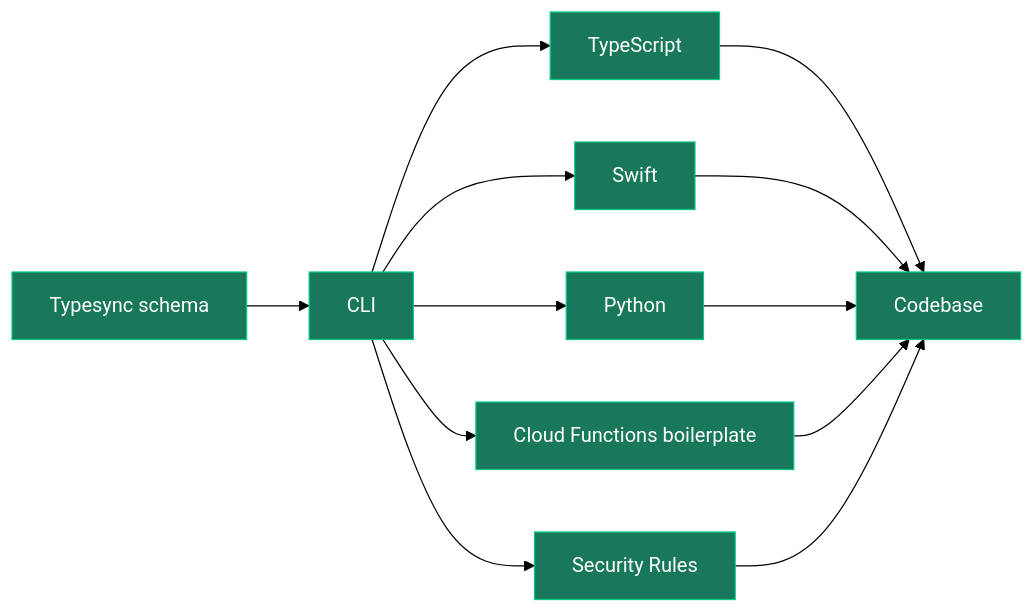
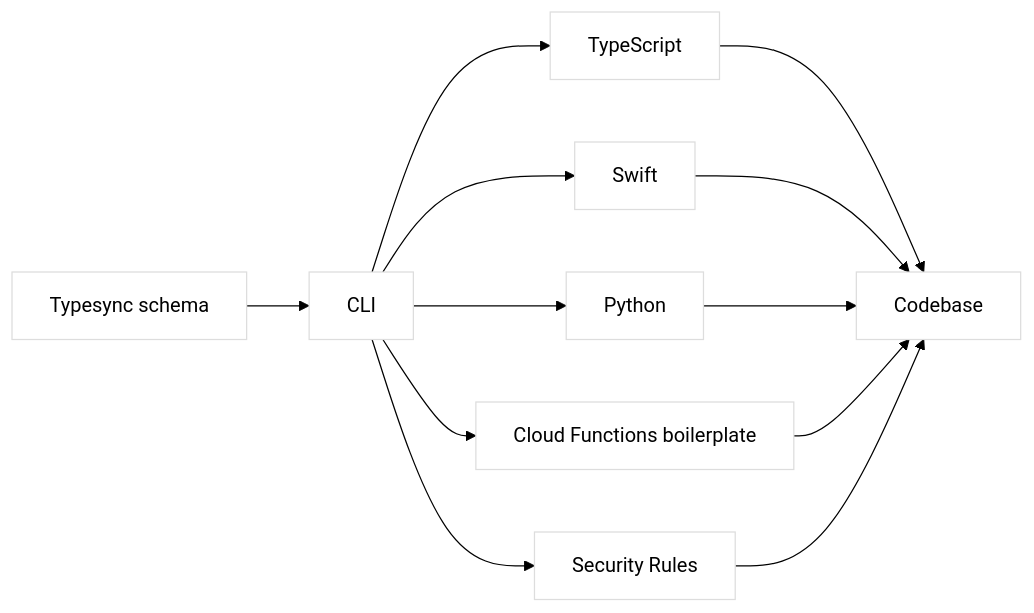
One commit to kafkas/typesync changed the diagram in README.md. Above: the diagram before and after it, drawn with Mermaid.

Commit message:
Change colors

````diff
--- a/README.md
+++ b/README.md
@@ -28,28 +28,28 @@
 ```mermaid
 %%{
   init: {
     'theme': 'base',
     'themeVariables': {
-      'primaryColor': '#19775B',
-      'primaryTextColor': '#fff',
-      'primaryBorderColor': '#07C983',
+      'primaryColor': '#fff',
+      'primaryTextColor': '#000',
+      'primaryBorderColor': '#dddddd',
       'lineColor': '#000',
       'secondaryColor': '#006100',
       'tertiaryColor': '#fff'
     }
   }
 }%%
 graph LR;
     A[Typesync schema];
     A --> B[CLI];
     B --> C[TypeScript];
     B --> D[Swift];
     B --> E[Python];
     B --> F[Cloud Functions boilerplate];
     B --> G[Security Rules];
     C --> H[Codebase];
     D --> H;
     E --> H;
     F --> H;
     G --> H;
 ```
````
